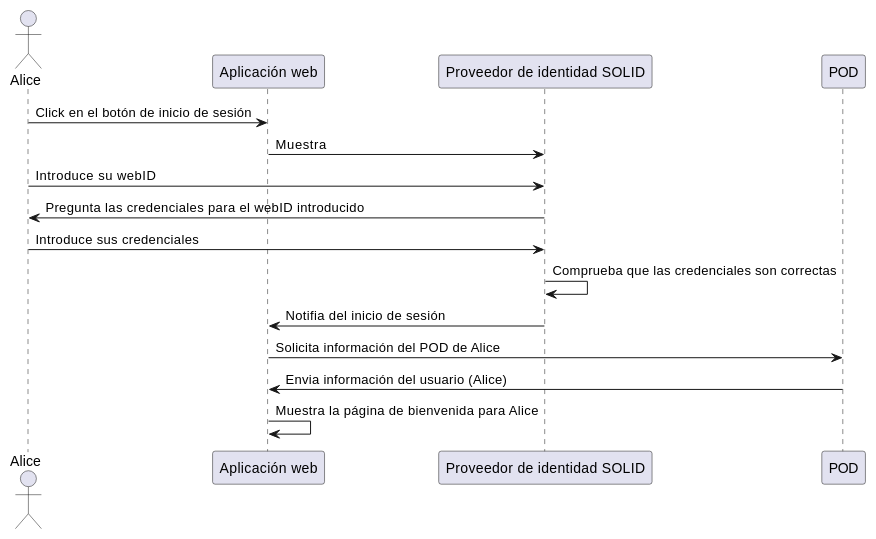
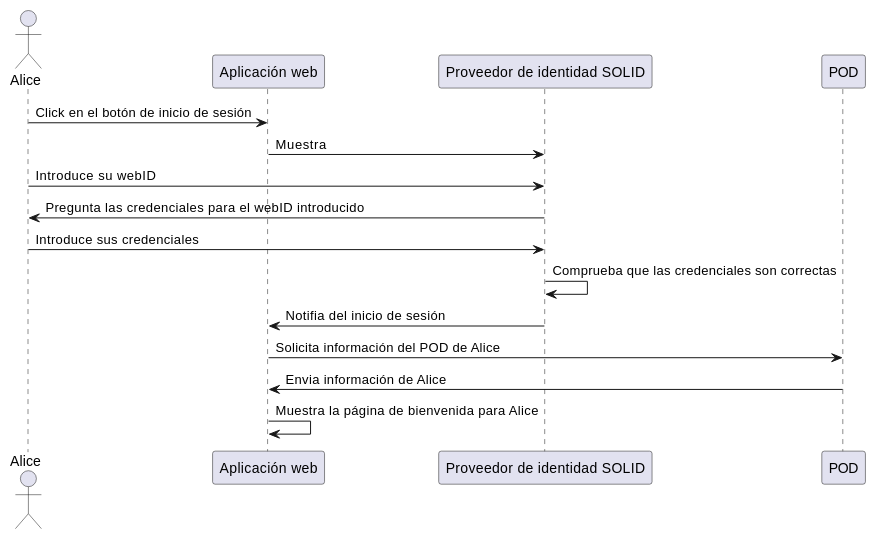
One commit to Arquisoft/radarin_es4b changed the first of 7 diagrams in webapp/docs/06_runtime_view.adoc. Above: the diagram before and after it, drawn with PlantUML.

Commit message:
Actualización documentación 2

```diff
--- a/webapp/docs/06_runtime_view.adoc
+++ b/webapp/docs/06_runtime_view.adoc
@@ -9,17 +9,17 @@
 [plantuml,"Iniciar sesión app web",png]
 ----
 actor Alice
 participant "Aplicación web"
 participant "Proveedor de identidad SOLID"
 participant "POD"
 Alice -> "Aplicación web": Click en el botón de inicio de sesión
 "Aplicación web" -> "Proveedor de identidad SOLID": Muestra
 Alice -> "Proveedor de identidad SOLID": Introduce su webID
 "Proveedor de identidad SOLID" -> "Alice": Pregunta las credenciales para el webID introducido
 "Alice" -> "Proveedor de identidad SOLID": Introduce sus credenciales
 "Proveedor de identidad SOLID" -> "Proveedor de identidad SOLID": Comprueba que las credenciales son correctas
 "Proveedor de identidad SOLID" -> "Aplicación web": Notifia del inicio de sesión
 "Aplicación web" -> "POD": Solicita información del POD de Alice
-"POD" -> "Aplicación web": Envia información del usuario (Alice) 
+"POD" -> "Aplicación web": Envia información de Alice 
 "Aplicación web" -> "Aplicación web": Muestra la página de bienvenida para Alice
 ----
```
